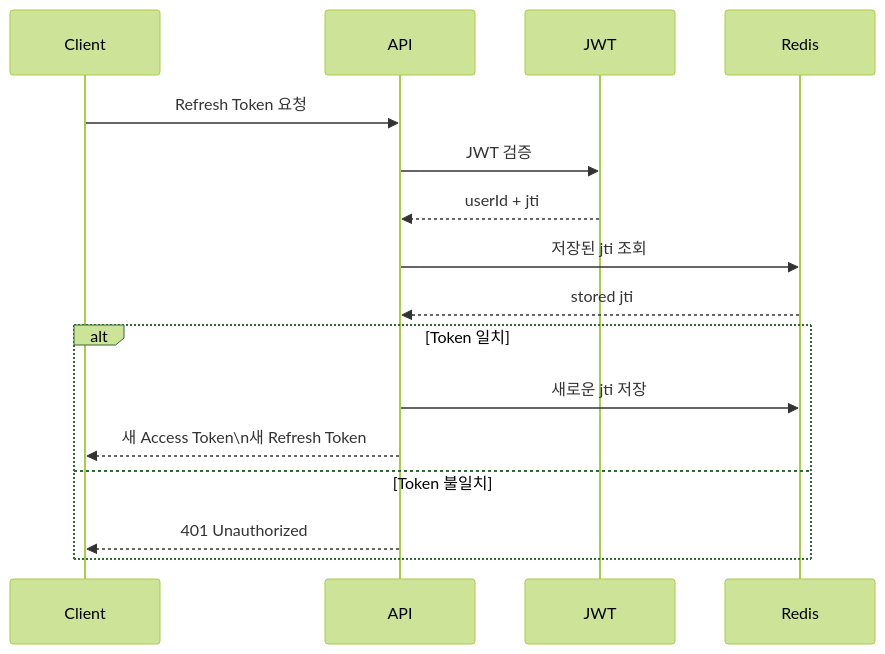
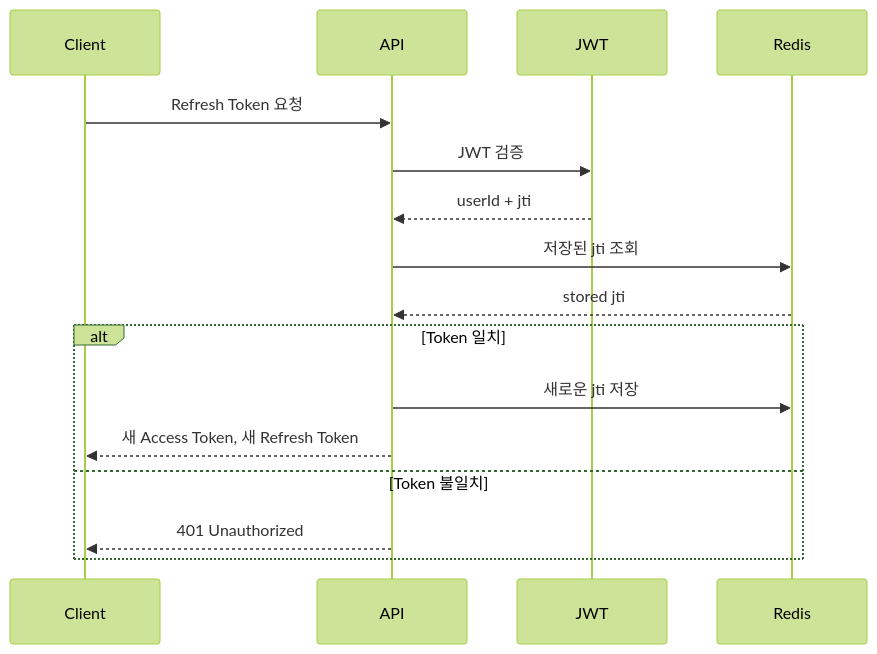
Before and after one commit to bluejals13/26-05adf: the second of 2 diagrams in APMS.SR/dev/backend/src/main/java/com/example/demo/auth/auth-flow.md, drawn with Mermaid (forest theme). The commit also changed other lines of this file, not shown here.

````diff
--- a/APMS.SR/dev/backend/src/main/java/com/example/demo/auth/auth-flow.md
+++ b/APMS.SR/dev/backend/src/main/java/com/example/demo/auth/auth-flow.md
@@ -239,30 +219,20 @@
 ```mermaid
 sequenceDiagram
-
 participant Client
 participant API
 participant JWT
 participant Redis
 
 Client->>API: Refresh Token 요청
-
 API->>JWT: JWT 검증
-
 JWT-->>API: userId + jti
-
 API->>Redis: 저장된 jti 조회
-
 Redis-->>API: stored jti
 
 alt Token 일치
-
 API->>Redis: 새로운 jti 저장
-
-API-->>Client: 새 Access Token\n새 Refresh Token
-
+API-->>Client: 새 Access Token, 새 Refresh Token
 else Token 불일치
-
 API-->>Client: 401 Unauthorized
-
 end
 ```
````
